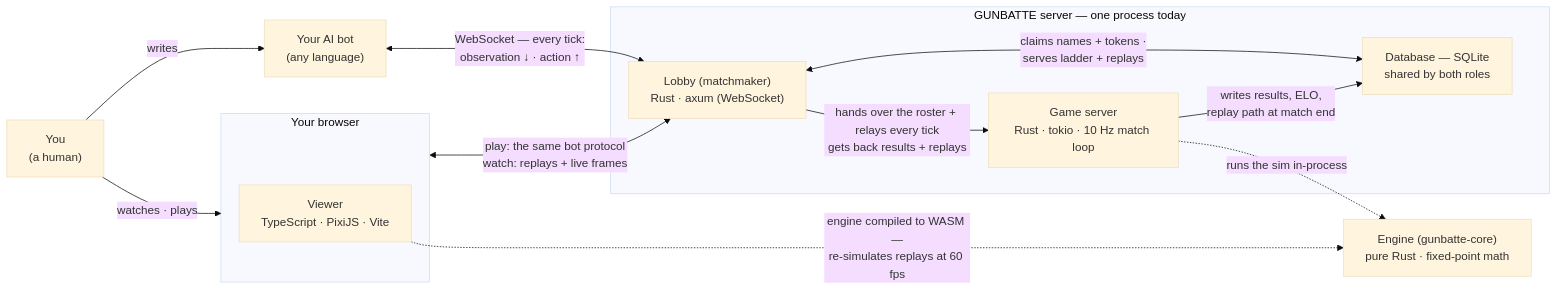
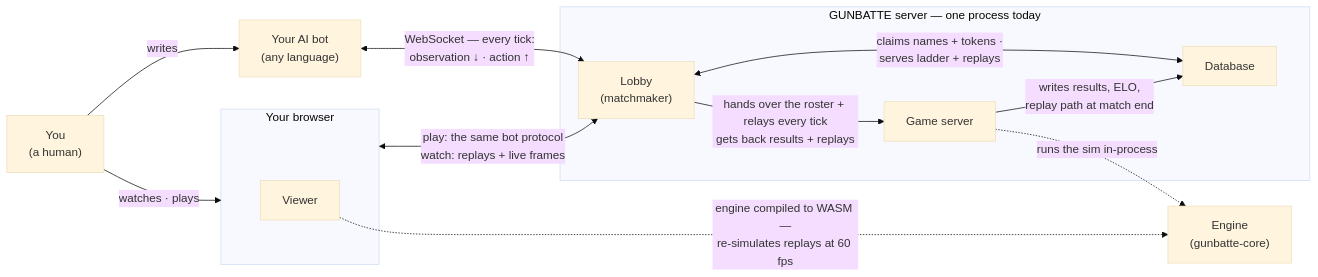
The diagram in docs/ARCHITECTURE.md (ahaqqu/gunbatte), drawn with Mermaid (base theme) before and after one commit. The commit also changed other lines of this file, not shown here.

First line of the commit message:
docs: move component tech out of the diagram into a table

````diff
--- a/docs/ARCHITECTURE.md
+++ b/docs/ARCHITECTURE.md
@@ -21,28 +22,28 @@
 ```mermaid
 flowchart LR
     you["You<br/>(a human)"]
     bot["Your AI bot<br/>(any language)"]
 
     subgraph browser["Your browser"]
-        viewer["Viewer<br/>TypeScript · PixiJS · Vite"]
+        viewer["Viewer"]
     end
 
-    engine["Engine (gunbatte-core)<br/>pure Rust · fixed-point math"]
+    engine["Engine<br/>(gunbatte-core)"]
 
     subgraph server["GUNBATTE server — one process today"]
-        lobby["Lobby (matchmaker)<br/>Rust · axum (WebSocket)"]
-        game["Game server<br/>Rust · tokio · 10 Hz match loop"]
-        db["Database — SQLite<br/>shared by both roles"]
+        lobby["Lobby<br/>(matchmaker)"]
+        game["Game server"]
+        db["Database"]
 
         lobby <-->|"claims names + tokens ·<br/>serves ladder + replays"| db
         lobby -->|"hands over the roster + relays every tick<br/>gets back results + replays"| game
         game -->|"writes results, ELO,<br/>replay path at match end"| db
     end
 
     you -->|"writes"| bot
     you -->|"watches · plays"| browser
     bot <-->|"WebSocket — every tick:<br/>observation ↓ · action ↑"| lobby
     browser <-->|"play: the same bot protocol<br/>watch: replays + live frames"| lobby
     game -.->|"runs the sim in-process"| engine
     viewer -.->|"engine compiled to WASM —<br/>re-simulates replays at 60 fps"| engine
 ```
````
